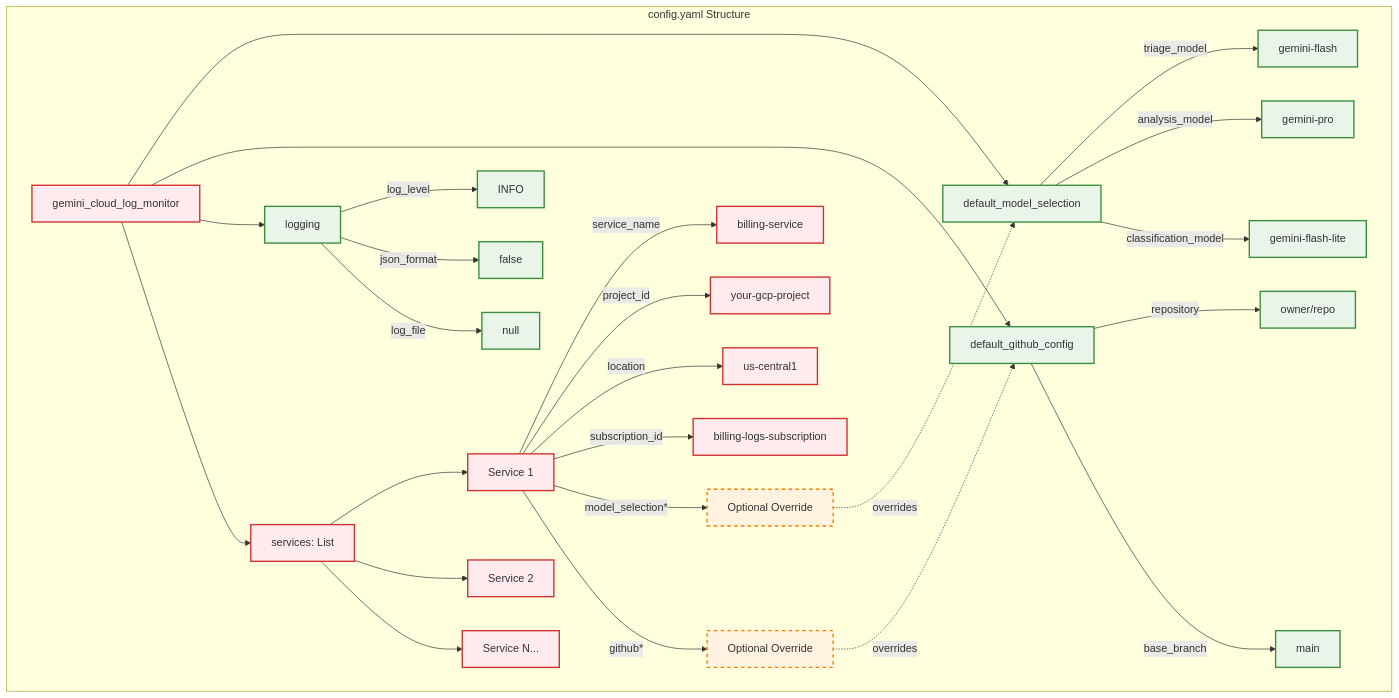
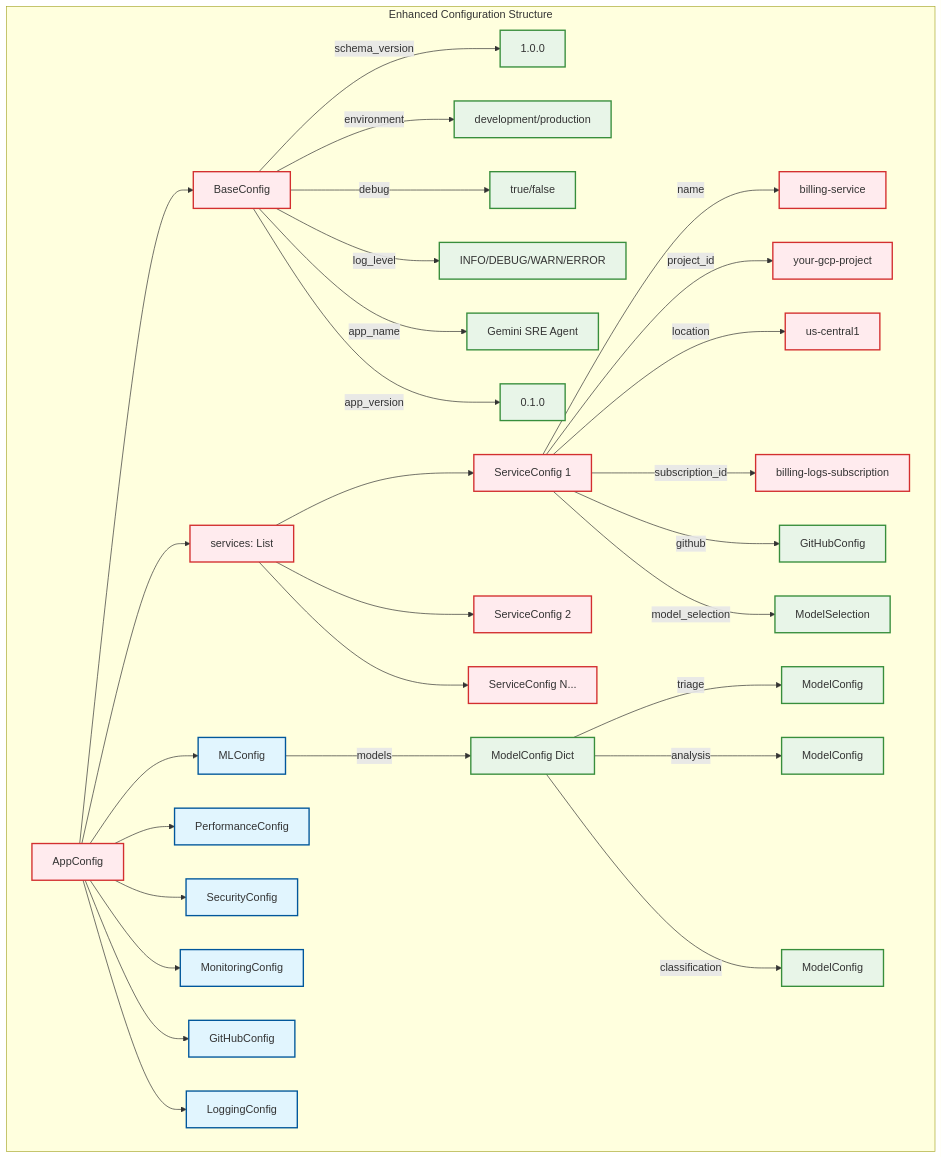
Before and after one commit to avivl/cloud-sre-agent: the diagram in docs/CONFIGURATION.md, drawn with Mermaid. The commit also changed other lines of this file and 6 other files, not shown here.

First line of the commit message:
docs: Update documentation for enhanced configuration management system

````diff
--- a/docs/CONFIGURATION.md
+++ b/docs/CONFIGURATION.md
@@ -9,43 +20,46 @@
 ```mermaid
 graph TD
-    subgraph "config.yaml Structure"
-        ROOT[gemini_cloud_log_monitor]
-        
-        ROOT --> DMS[default_model_selection]
-        DMS --> |triage_model| TM[gemini-flash]
-        DMS --> |analysis_model| AM[gemini-pro]
-        DMS --> |classification_model| CM[gemini-flash-lite]
-        
-        ROOT --> DGC[default_github_config]
-        DGC --> |repository| REPO[owner/repo]
-        DGC --> |base_branch| BRANCH[main]
-        
-        ROOT --> LOG[logging]
-        LOG --> |log_level| LL[INFO]
-        LOG --> |json_format| JF[false]
-        LOG --> |log_file| LF[null]
-        
+    subgraph "Enhanced Configuration Structure"
+        ROOT[AppConfig]
+
+        ROOT --> BASE[BaseConfig]
+        BASE --> |schema_version| SV[1.0.0]
+        BASE --> |environment| ENV[development/production]
+        BASE --> |debug| DEBUG[true/false]
+        BASE --> |log_level| LL[INFO/DEBUG/WARN/ERROR]
+        BASE --> |app_name| AN[Gemini SRE Agent]
+        BASE --> |app_version| AV[0.1.0]
+
         ROOT --> SERVICES[services: List]
-        SERVICES --> S1[Service 1]
-        SERVICES --> S2[Service 2]
-        SERVICES --> S3[Service N...]
-        
-        S1 --> |service_name| SN1[billing-service]
+        SERVICES --> S1[ServiceConfig 1]
+        SERVICES --> S2[ServiceConfig 2]
+        SERVICES --> S3[ServiceConfig N...]
+
+        S1 --> |name| SN1[billing-service]
         S1 --> |project_id| PI1[your-gcp-project]
         S1 --> |location| LOC1[us-central1]
         S1 --> |subscription_id| SUB1[billing-logs-subscription]
-        S1 --> |model_selection*| MS1[Optional Override]
-        S1 --> |github*| GH1[Optional Override]
-        
-        MS1 -.-> |overrides| DMS
-        GH1 -.-> |overrides| DGC
+        S1 --> |github| GH1[GitHubConfig]
+        S1 --> |model_selection| MS1[ModelSelection]
+
+        ROOT --> ML[MLConfig]
+        ML --> |models| MODELS[ModelConfig Dict]
+        MODELS --> |triage| TRIAGE[ModelConfig]
+        MODELS --> |analysis| ANALYSIS[ModelConfig]
+        MODELS --> |classification| CLASS[ModelConfig]
+
+        ROOT --> PERF[PerformanceConfig]
+        ROOT --> SEC[SecurityConfig]
+        ROOT --> MON[MonitoringConfig]
+        ROOT --> GITHUB[GitHubConfig]
+        ROOT --> LOG[LoggingConfig]
     end
-    
+
     classDef required fill:#ffebee,stroke:#d32f2f,stroke-width:2px
     classDef optional fill:#e8f5e8,stroke:#388e3c,stroke-width:2px
-    classDef override fill:#fff3e0,stroke:#f57c00,stroke-width:2px,stroke-dasharray: 5 5
-    
-    class ROOT,SERVICES,S1,S2,S3,SN1,PI1,LOC1,SUB1 required
-    class DMS,DGC,LOG,TM,AM,CM,REPO,BRANCH,LL,JF,LF optional
-    class MS1,GH1 override
+    classDef config fill:#e1f5fe,stroke:#01579b,stroke-width:2px
+
+    class ROOT,BASE,SERVICES,S1,S2,S3,SN1,PI1,LOC1,SUB1 required
+    class ML,PERF,SEC,MON,GITHUB,LOG config
+    class SV,ENV,DEBUG,LL,AN,AV,GH1,MS1,MODELS,TRIAGE,ANALYSIS,CLASS optional
 ```
````
